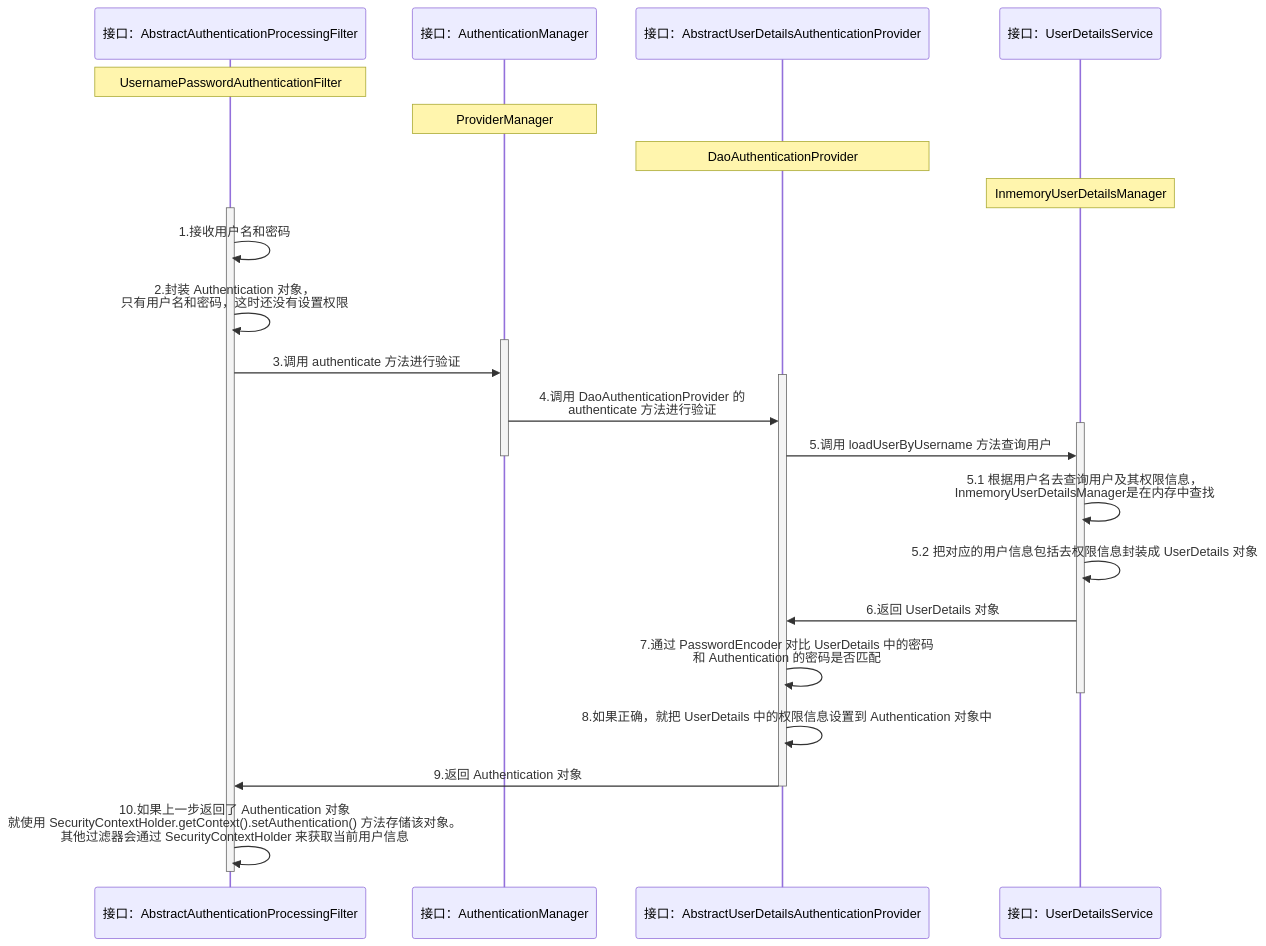
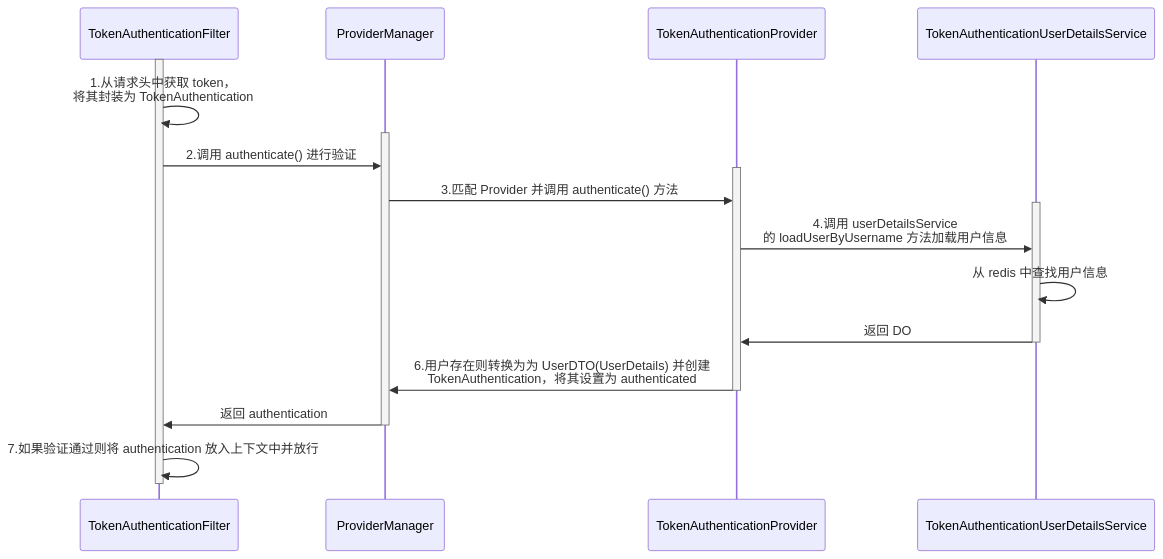
The third of 3 diagrams in 后端/Spring/Spring Security/Spring Security.md (Famezyy/MyNote), drawn with Mermaid before and after one commit. The commit also changed other lines of this file and 42 other files, not shown here.

````diff
--- a/后端/Spring/Spring Security/Spring Security.md
+++ b/后端/Spring/Spring Security/Spring Security.md
@@ -139,32 +1501,25 @@
 ```mermaid
 sequenceDiagram
-	participant 接口：AbstractAuthenticationProcessingFilter
-	participant 接口：AuthenticationManager
-	participant 接口：AbstractUserDetailsAuthenticationProvider
-	participant 接口：UserDetailsService
-	note over 接口：AbstractAuthenticationProcessingFilter: UsernamePasswordAuthenticationFilter
-	note over 接口：AuthenticationManager: ProviderManager
-	note over 接口：AbstractUserDetailsAuthenticationProvider: DaoAuthenticationProvider
-	note over 接口：UserDetailsService: InmemoryUserDetailsManager
-	activate 接口：AbstractAuthenticationProcessingFilter
-	接口：AbstractAuthenticationProcessingFilter ->> 接口：AbstractAuthenticationProcessingFilter: 1.接收用户名和密码
-	接口：AbstractAuthenticationProcessingFilter ->> 接口：AbstractAuthenticationProcessingFilter: 2.封装 Authentication 对象，<br>只有用户名和密码，这时还没有设置权限
-	activate 接口：AuthenticationManager
-	接口：AbstractAuthenticationProcessingFilter ->> 接口：AuthenticationManager: 3.调用 authenticate 方法进行验证
-	activate 接口：AbstractUserDetailsAuthenticationProvider
-	接口：AuthenticationManager ->> 接口：AbstractUserDetailsAuthenticationProvider: 4.调用 DaoAuthenticationProvider 的<br> authenticate 方法进行验证
-	activate 接口：UserDetailsService
-	接口：AbstractUserDetailsAuthenticationProvider ->> 接口：UserDetailsService: 5.调用 loadUserByUsername 方法查询用户
-	deactivate 接口：AuthenticationManager
-	接口：UserDetailsService ->> 接口：UserDetailsService: 5.1 根据用户名去查询用户及其权限信息，<br>InmemoryUserDetailsManager是在内存中查找
-	接口：UserDetailsService ->> 接口：UserDetailsService: 5.2 把对应的用户信息包括去权限信息封装成 UserDetails 对象
-	接口：UserDetailsService ->> 接口：AbstractUserDetailsAuthenticationProvider: 6.返回 UserDetails 对象
-	接口：AbstractUserDetailsAuthenticationProvider ->> 接口：AbstractUserDetailsAuthenticationProvider: 7.通过 PasswordEncoder 对比 UserDetails 中的密码<br>和 Authentication 的密码是否匹配
-	deactivate 接口：UserDetailsService
-	接口：AbstractUserDetailsAuthenticationProvider ->> 接口：AbstractUserDetailsAuthenticationProvider: 8.如果正确，就把 UserDetails 中的权限信息设置到 Authentication 对象中
-	接口：AbstractUserDetailsAuthenticationProvider ->> 接口：AbstractAuthenticationProcessingFilter: 9.返回 Authentication 对象
-	deactivate 接口：AbstractUserDetailsAuthenticationProvider
-	接口：AbstractAuthenticationProcessingFilter ->> 接口：AbstractAuthenticationProcessingFilter: 10.如果上一步返回了 Authentication 对象<br>就使用 SecurityContextHolder.getContext().setAuthentication() 方法存储该对象。<br>其他过滤器会通过 SecurityContextHolder 来获取当前用户信息
-	deactivate 接口：AbstractAuthenticationProcessingFilter
-	
+	participant TokenAuthenticationFilter
+	participant ProviderManager
+	participant TokenAuthenticationProvider
+	participant TokenAuthenticationUserDetailsService
+	activate TokenAuthenticationFilter
+		TokenAuthenticationFilter ->> TokenAuthenticationFilter: 1.从请求头中获取 token，<br>将其封装为 TokenAuthentication
+		activate ProviderManager
+			TokenAuthenticationFilter ->> ProviderManager: 2.调用 authenticate() 进行验证
+			activate TokenAuthenticationProvider
+				ProviderManager ->> TokenAuthenticationProvider: 3.匹配 Provider 并调用 authenticate() 方法
+				activate TokenAuthenticationUserDetailsService
+					TokenAuthenticationProvider ->> TokenAuthenticationUserDetailsService: 4.调用 userDetailsService<br>的 loadUserByUsername 方法加载用户信息
+					TokenAuthenticationUserDetailsService ->>  TokenAuthenticationUserDetailsService: 从 redis 中查找用户信息
+					TokenAuthenticationUserDetailsService ->> TokenAuthenticationProvider: 返回 DO
+				deactivate TokenAuthenticationUserDetailsService
+				
+				TokenAuthenticationProvider ->> ProviderManager: 6.用户存在则转换为为 UserDTO(UserDetails) 并创建<br>TokenAuthentication，将其设置为 authenticated
+			deactivate TokenAuthenticationProvider
+			ProviderManager ->> TokenAuthenticationFilter: 返回 authentication
+		deactivate ProviderManager
+		TokenAuthenticationFilter ->> TokenAuthenticationFilter: 7.如果验证通过则将 authentication 放入上下文中并放行
+	deactivate TokenAuthenticationFilter
 ```
````
